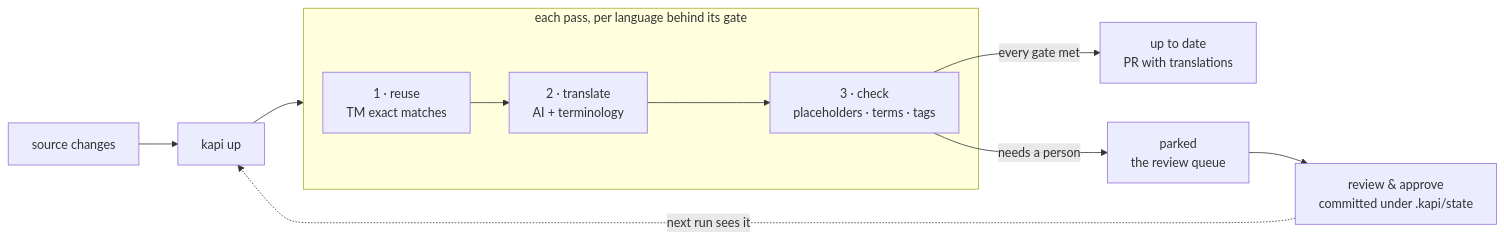
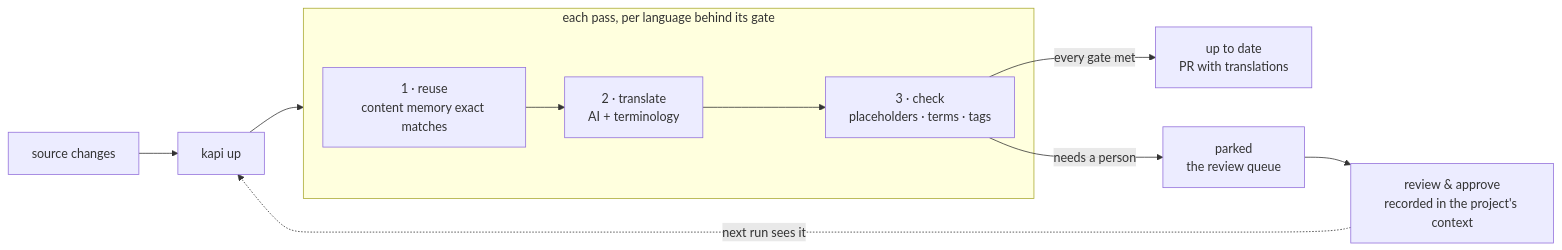
Before and after one commit to neokapi/kapi-workflows: the diagram in README.md, drawn with Mermaid. The commit also changed other lines of this file and 1 other file, not shown here.

First line of the commit message:
Describe the workflows in kapi 1.3 terms

````diff
--- a/README.md
+++ b/README.md
@@ -33,12 +33,12 @@
 ```mermaid
 flowchart LR
     S[source changes] --> U[kapi up]
     subgraph PASS ["each pass, per language behind its gate"]
-        TM["1 · reuse<br/>TM exact matches"] --> AI["2 · translate<br/>AI + terminology"] --> CK["3 · check<br/>placeholders · terms · tags"]
+        MEM["1 · reuse<br/>content memory exact matches"] --> AI["2 · translate<br/>AI + terminology"] --> CK["3 · check<br/>placeholders · terms · tags"]
     end
     U --> PASS
     CK -->|every gate met| CV["up to date<br/>PR with translations"]
     CK -->|needs a person| PK["parked<br/>the review queue"]
-    PK --> RV["review & approve<br/>committed under .kapi/state"]
+    PK --> RV["review & approve<br/>recorded in the project's context"]
     RV -.->|next run sees it| U
 ```
````
